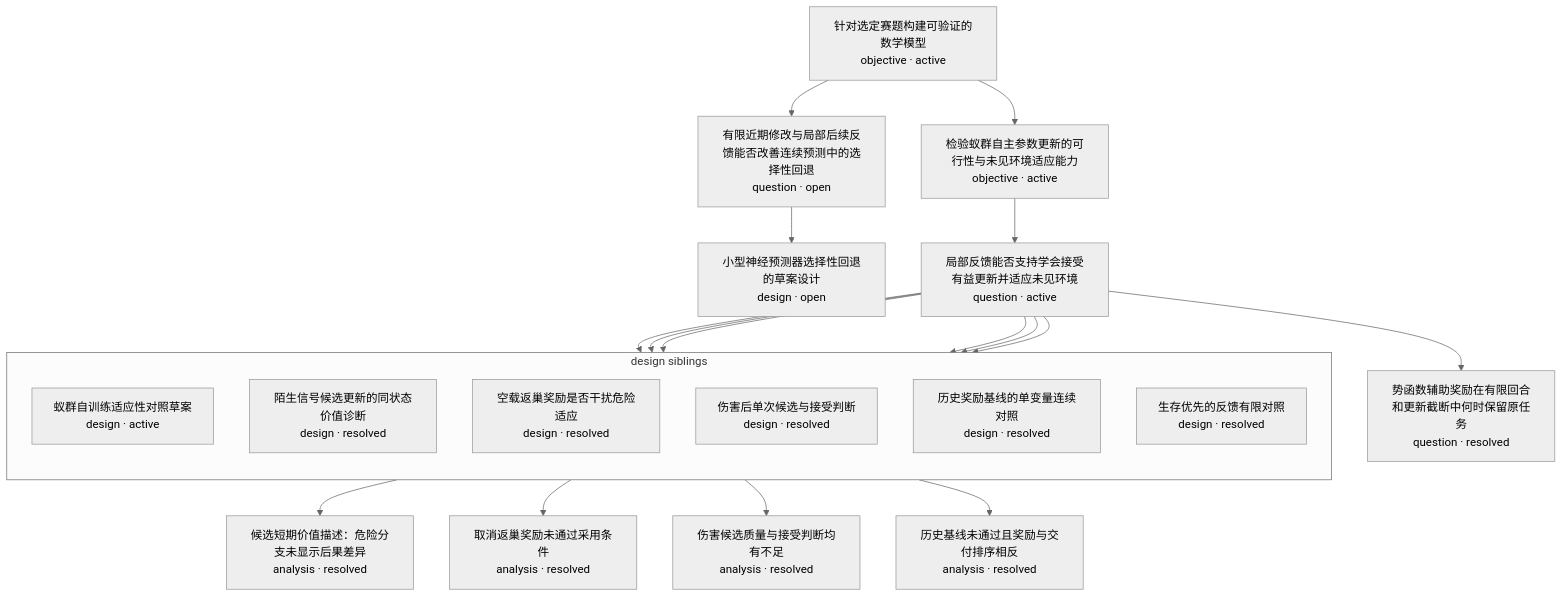
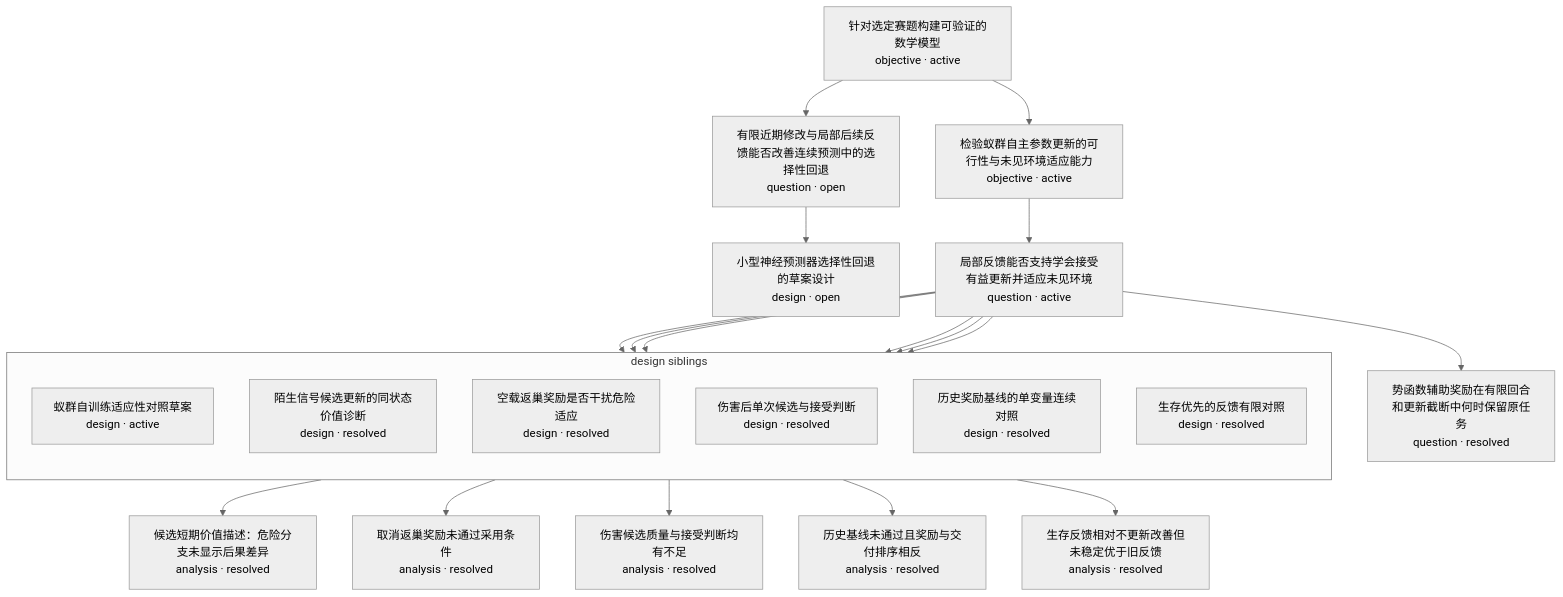
Before and after one commit to Akira-TL/Antomony: the diagram in research-tree/README.md, drawn with Mermaid (neutral theme). The commit also changed other lines of this file and 6 other files, not shown here.

````diff
--- a/research-tree/README.md
+++ b/research-tree/README.md
@@ -5,37 +5,39 @@
 ```mermaid
 flowchart TD
     N1["针对选定赛题构建可验证的数学模型<br/>objective · active"]
     N2["有限近期修改与局部后续反馈能否改善连续预测中的选择性回退<br/>question · open"]
     N3["小型神经预测器选择性回退的草案设计<br/>design · open"]
     N4["检验蚁群自主参数更新的可行性与未见环境适应能力<br/>objective · active"]
     N5["局部反馈能否支持学会接受有益更新并适应未见环境<br/>question · active"]
     N8["候选短期价值描述：危险分支未显示后果差异<br/>analysis · resolved"]
     N10["取消返巢奖励未通过采用条件<br/>analysis · resolved"]
     N12["伤害候选质量与接受判断均有不足<br/>analysis · resolved"]
     N14["历史基线未通过且奖励与交付排序相反<br/>analysis · resolved"]
     N15["势函数辅助奖励在有限回合和更新截断中何时保留原任务<br/>question · resolved"]
+    N17["生存反馈相对不更新改善但未稳定优于旧反馈<br/>analysis · resolved"]
     subgraph G5_design["design siblings"]
         direction TB
         N6["蚁群自训练适应性对照草案<br/>design · active"]
         N7["陌生信号候选更新的同状态价值诊断<br/>design · resolved"]
         N9["空载返巢奖励是否干扰危险适应<br/>design · resolved"]
         N11["伤害后单次候选与接受判断<br/>design · resolved"]
         N13["历史奖励基线的单变量连续对照<br/>design · resolved"]
         N16["生存优先的反馈有限对照<br/>design · resolved"]
     end
     N1 --> N2
     N2 --> N3
     N1 --> N4
     N4 --> N5
     N5 --> N6
     N5 --> N7
     N7 --> N8
     N5 --> N9
     N9 --> N10
     N5 --> N11
     N11 --> N12
     N5 --> N13
     N13 --> N14
     N5 --> N15
     N5 --> N16
+    N16 --> N17
 ```
````
